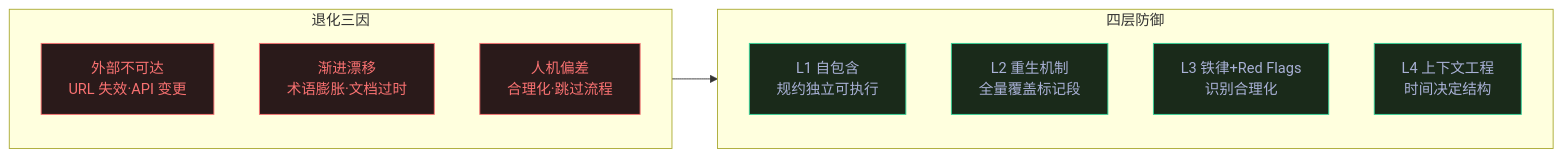
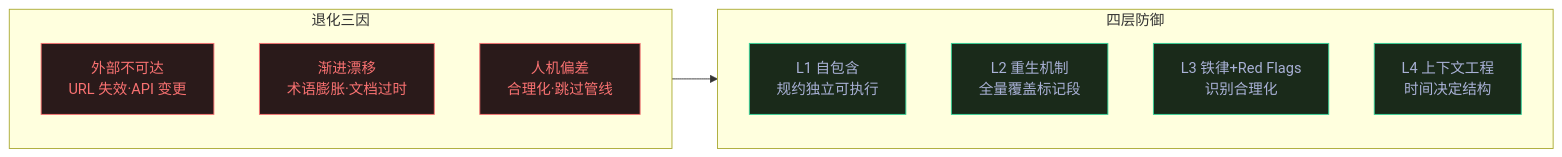
The second of 2 diagrams in CLAUDE.md (effiy/YrY), drawn with Mermaid before and after one commit. The commit also changed other lines of this file and 1028 other files, not shown here.

````diff
--- a/CLAUDE.md
+++ b/CLAUDE.md
@@ -80,20 +80,20 @@
 ```mermaid
 flowchart LR
     subgraph 退化["退化三因"]
         direction TB
         D1["外部不可达<br/>URL 失效·API 变更"]:::risk
         D2["渐进漂移<br/>术语膨胀·文档过时"]:::risk
-        D3["人机偏差<br/>合理化·跳过流程"]:::risk
+        D3["人机偏差<br/>合理化·跳过管线"]:::risk
     end
     subgraph 对策["四层防御"]
         direction TB
         L1["L1 自包含<br/>规约独立可执行"]:::def
         L2["L2 重生机制<br/>全量覆盖标记段"]:::def
         L3["L3 铁律+Red Flags<br/>识别合理化"]:::def
         L4["L4 上下文工程<br/>时间决定结构"]:::def
     end
     退化 --> 对策
 
     classDef risk fill:#2a1a1a,stroke:#f87171,color:#f87171
     classDef def fill:#1a2a1a,stroke:#34d399,color:#a9b1d6
 ```
````
